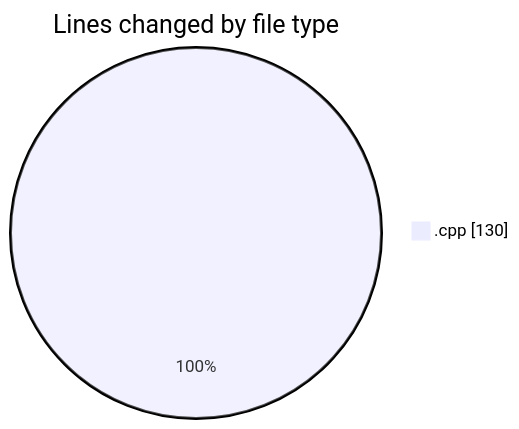
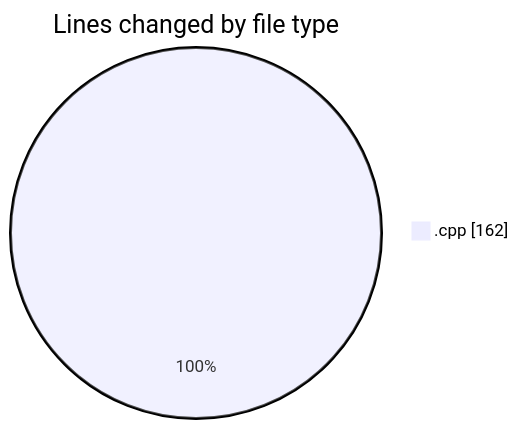
Before and after one commit to Netris89/code-tracking: the first of 2 diagrams in 2025-03-31/echo/README.md, drawn with Mermaid. The commit also changed other lines of this file and 1 other file, not shown here.

````diff
--- a/2025-03-31/echo/README.md
+++ b/2025-03-31/echo/README.md
@@ -20,5 +20,5 @@
 ```mermaid
 pie showData
 title Lines changed by file type
-".cpp" : 130
+".cpp" : 162
 ```
````
